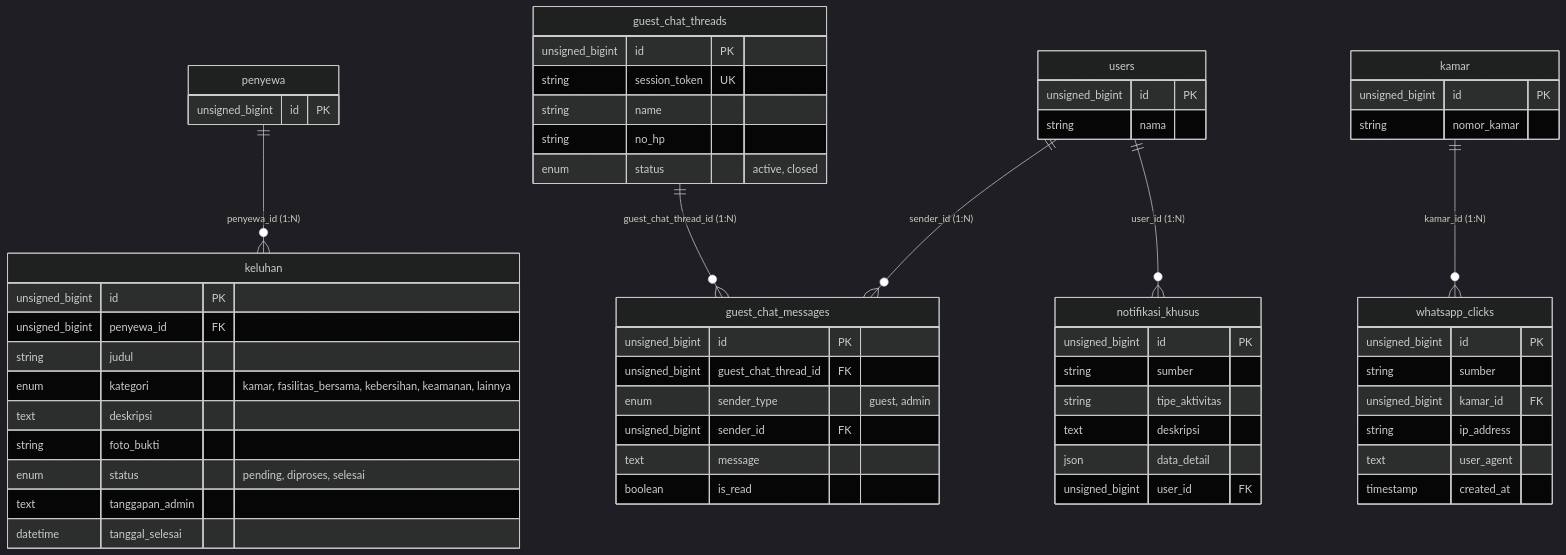
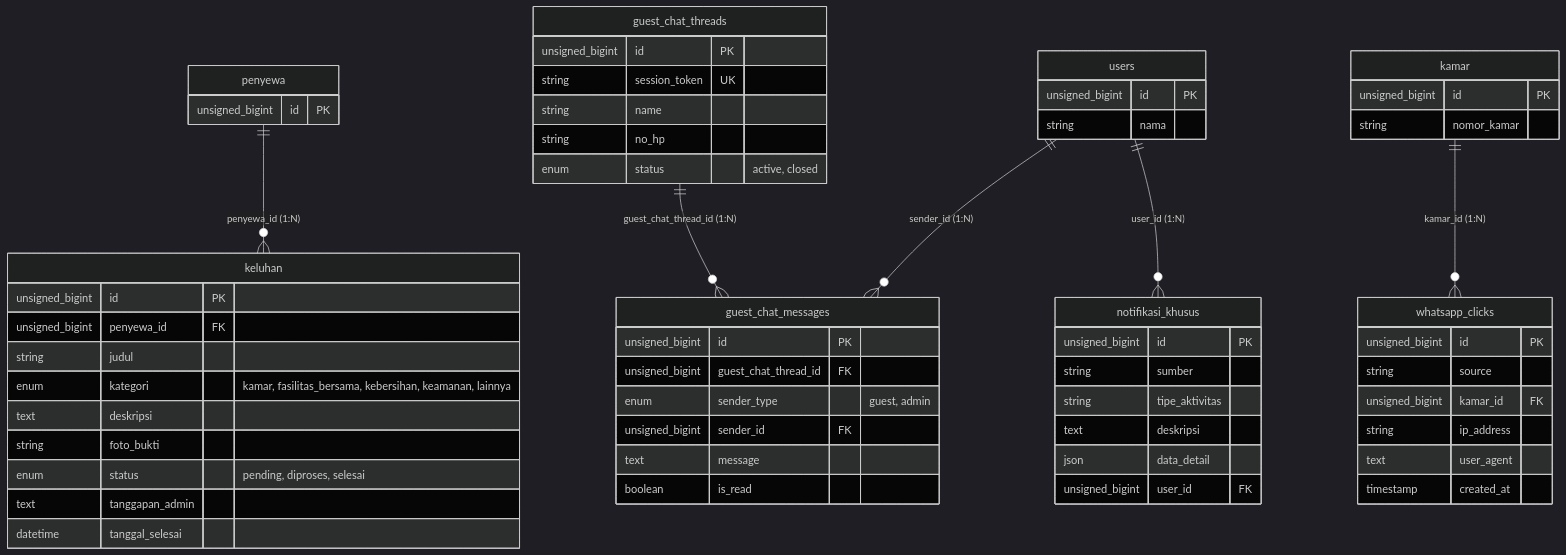
The diagram in Blueprint/erd/erd_relasi_keluhan_guest_analytics.mmd (rafifarsyapradiva/asri-boarding-house), drawn with Mermaid (dark theme) before and after one commit. The commit also changed 35 other files, not shown here.

Commit message:
docs(erd): audit rekonstruksi struktur data, penyempurnaan visual & finalisasi mutlak ERD 22 entitas (v239.0)

```diff
--- a/Blueprint/erd/erd_relasi_keluhan_guest_analytics.mmd
+++ b/Blueprint/erd/erd_relasi_keluhan_guest_analytics.mmd
@@ -1,60 +1,60 @@
 erDiagram
     penyewa ||--o{ keluhan : "penyewa_id (1:N)"
     guest_chat_threads ||--o{ guest_chat_messages : "guest_chat_thread_id (1:N)"
     users ||--o{ guest_chat_messages : "sender_id (1:N)"
     kamar ||--o{ whatsapp_clicks : "kamar_id (1:N)"
     users ||--o{ notifikasi_khusus : "user_id (1:N)"
 
     keluhan {
         unsigned_bigint id PK
         unsigned_bigint penyewa_id FK
         string judul
         enum kategori "kamar, fasilitas_bersama, kebersihan, keamanan, lainnya"
         text deskripsi
         string foto_bukti
         enum status "pending, diproses, selesai"
         text tanggapan_admin
         datetime tanggal_selesai
     }
     guest_chat_threads {
         unsigned_bigint id PK
         string session_token UK
         string name
         string no_hp
         enum status "active, closed"
     }
     guest_chat_messages {
         unsigned_bigint id PK
         unsigned_bigint guest_chat_thread_id FK
         enum sender_type "guest, admin"
         unsigned_bigint sender_id FK
         text message
         boolean is_read
     }
     whatsapp_clicks {
         unsigned_bigint id PK
-        string sumber
+        string source
         unsigned_bigint kamar_id FK
         string ip_address
         text user_agent
         timestamp created_at
     }
     notifikasi_khusus {
         unsigned_bigint id PK
         string sumber
         string tipe_aktivitas
         text deskripsi
         json data_detail
         unsigned_bigint user_id FK
     }
     penyewa {
         unsigned_bigint id PK
     }
     users {
         unsigned_bigint id PK
         string nama
     }
     kamar {
         unsigned_bigint id PK
         string nomor_kamar
     }
```
